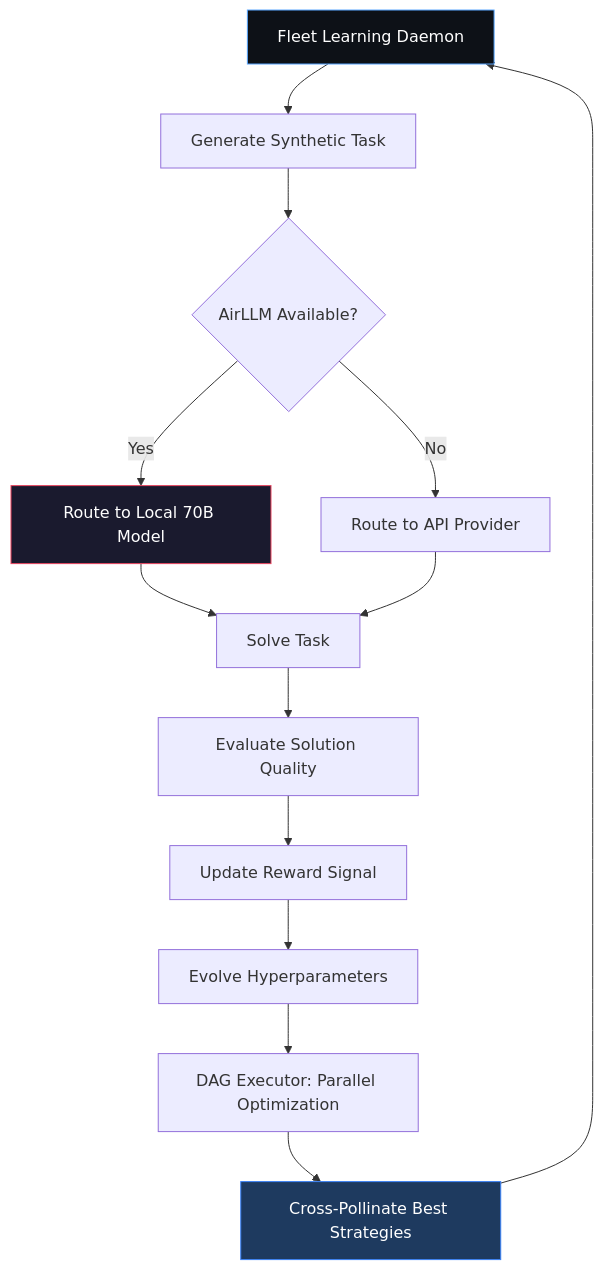
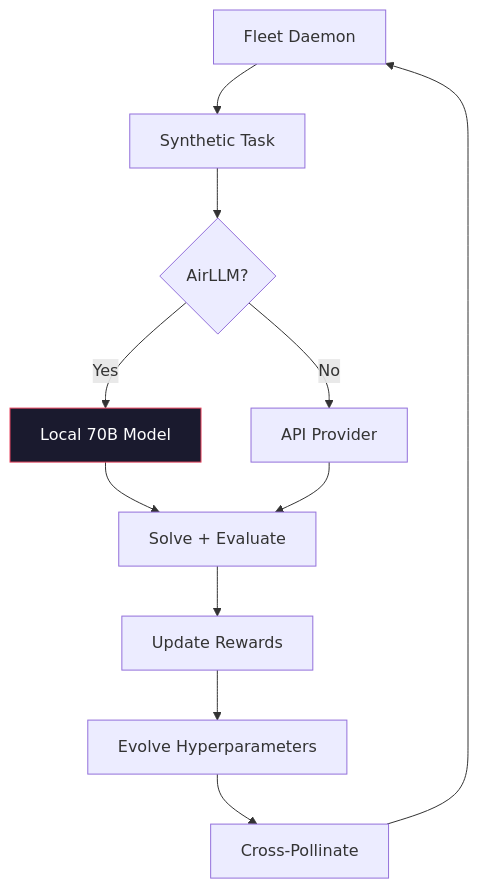
Before and after one commit to boopathygamer/astra-agent: the eighth of 8 diagrams in README.md, drawn with Mermaid. The commit also changed other lines of this file, not shown here.

Commit message:
docs: Complete README rewrite with full ASI safety architecture documentation

````diff
--- a/README.md
+++ b/README.md
@@ -567,18 +568,14 @@
 ```mermaid
 flowchart TD
-    A["Fleet Learning Daemon"] --> B["Generate Synthetic Task"]
-    B --> C{"AirLLM Available?"}
-    C -->|"Yes"| D["Route to Local 70B Model"]
-    C -->|"No"| E["Route to API Provider"]
-    D & E --> F["Solve Task"]
-    F --> G["Evaluate Solution Quality"]
-    G --> H["Update Reward Signal"]
-    H --> I["Evolve Hyperparameters"]
-    I --> J["DAG Executor: Parallel Optimization"]
-    J --> K["Cross-Pollinate Best Strategies"]
-    K --> A
+    A["Fleet Daemon"] --> B["Synthetic Task"]
+    B --> C{"AirLLM?"}
+    C -->|"Yes"| D["Local 70B Model"]
+    C -->|"No"| E["API Provider"]
+    D & E --> F["Solve + Evaluate"]
+    F --> G["Update Rewards"]
+    G --> H["Evolve Hyperparameters"]
+    H --> I["Cross-Pollinate"]
+    I --> A
 
-    style A fill:#0d1117,stroke:#58a6ff,color:#fff
     style D fill:#1a1a2e,stroke:#e94560,color:#fff
-    style K fill:#1e3a5f,stroke:#3b82f6,color:#fff
 ```
````
